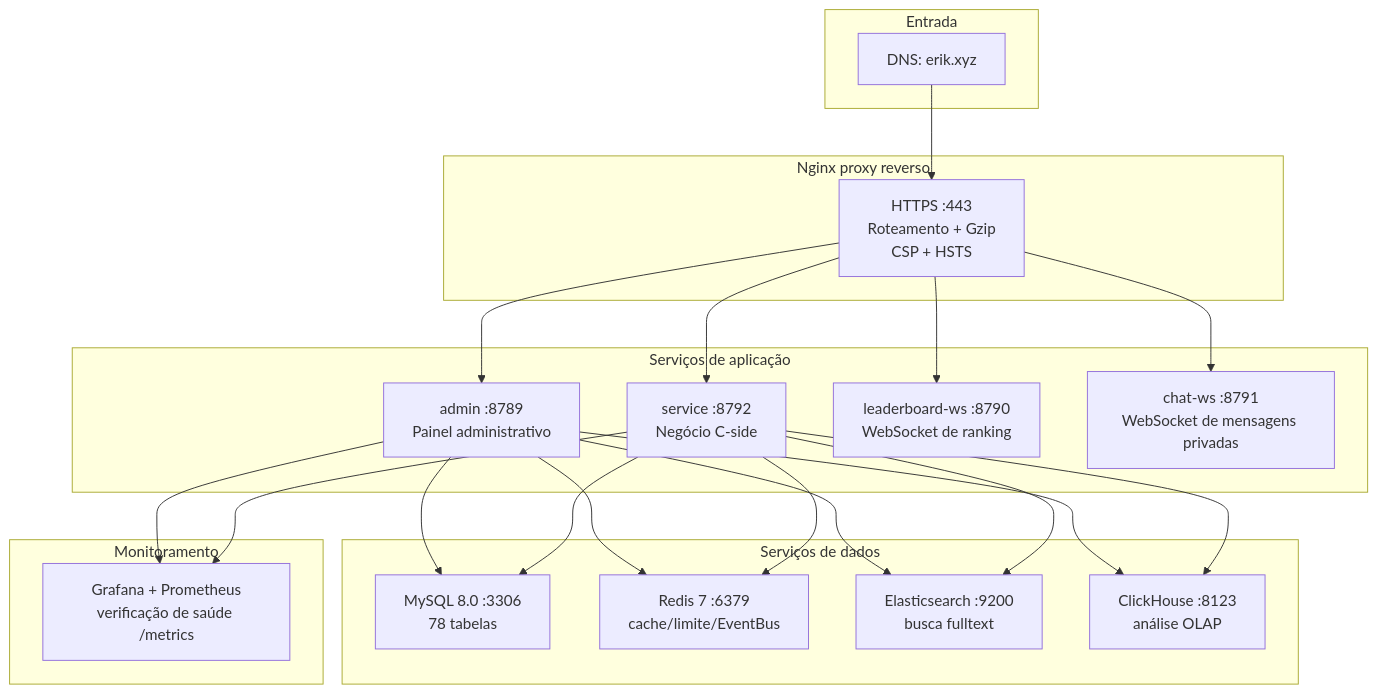
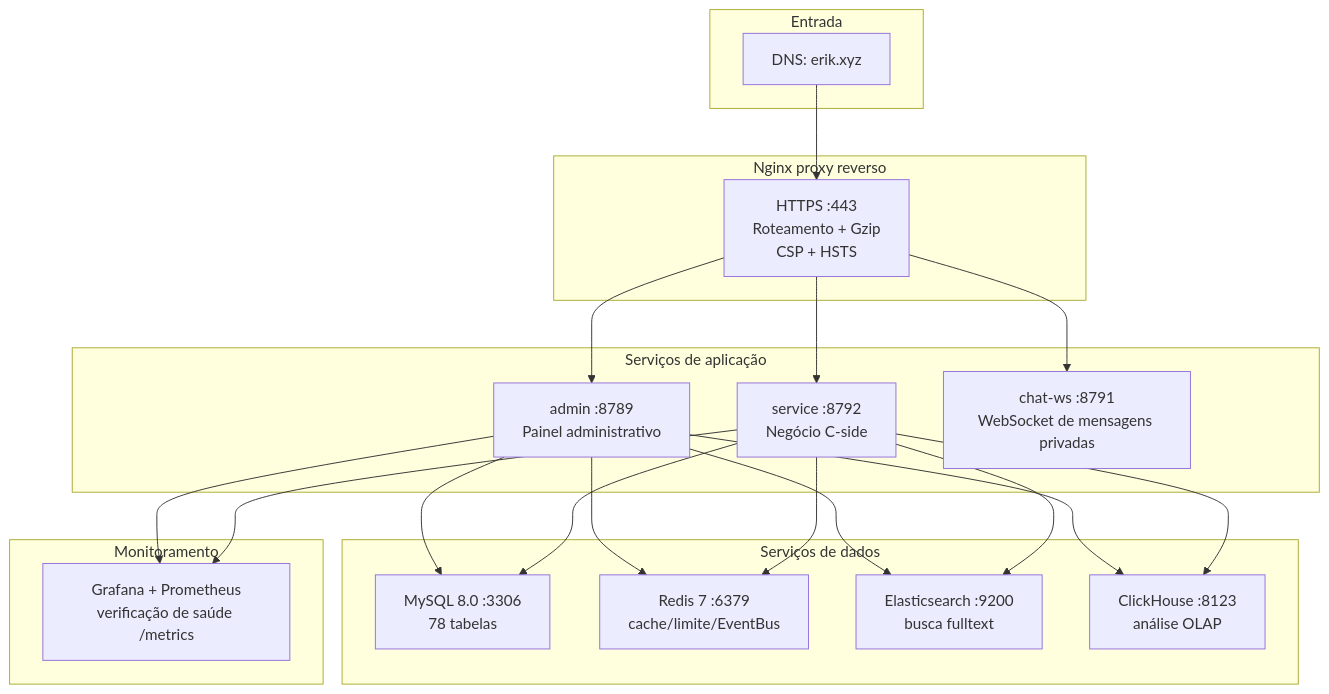
Before and after one commit to erikwang2013/game-platform-php: the diagram in admin/docs/diagrams/12-deployment.pt.md, drawn with Mermaid. The commit also changed 710 other files, not shown here.

````diff
--- a/admin/docs/diagrams/12-deployment.pt.md
+++ b/admin/docs/diagrams/12-deployment.pt.md
@@ -7,33 +7,32 @@
 ```mermaid
 flowchart TB
     subgraph "Entrada"
         DNS["DNS: erik.xyz"]
     end
 
     subgraph "Nginx proxy reverso"
         NGX["HTTPS :443<br/>Roteamento + Gzip<br/>CSP + HSTS"]
     end
 
     subgraph "Serviços de aplicação"
         ADM["admin :8789<br/>Painel administrativo"]
         SVC["service :8792<br/>Negócio C-side"]
-        LB["leaderboard-ws :8790<br/>WebSocket de ranking"]
         CHAT["chat-ws :8791<br/>WebSocket de mensagens privadas"]
     end
 
     subgraph "Serviços de dados"
         MYSQL["MySQL 8.0 :3306<br/>78 tabelas"]
         REDIS["Redis 7 :6379<br/>cache/limite/EventBus"]
         ES["Elasticsearch :9200<br/>busca fulltext"]
         CH["ClickHouse :8123<br/>análise OLAP"]
     end
 
     subgraph "Monitoramento"
         MON["Grafana + Prometheus<br/>verificação de saúde /metrics"]
     end
 
     DNS --> NGX
-    NGX --> ADM & SVC & LB & CHAT
+    NGX --> ADM & SVC & CHAT
     ADM & SVC --> MYSQL & REDIS & ES & CH
     ADM & SVC --> MON
 ```
````
